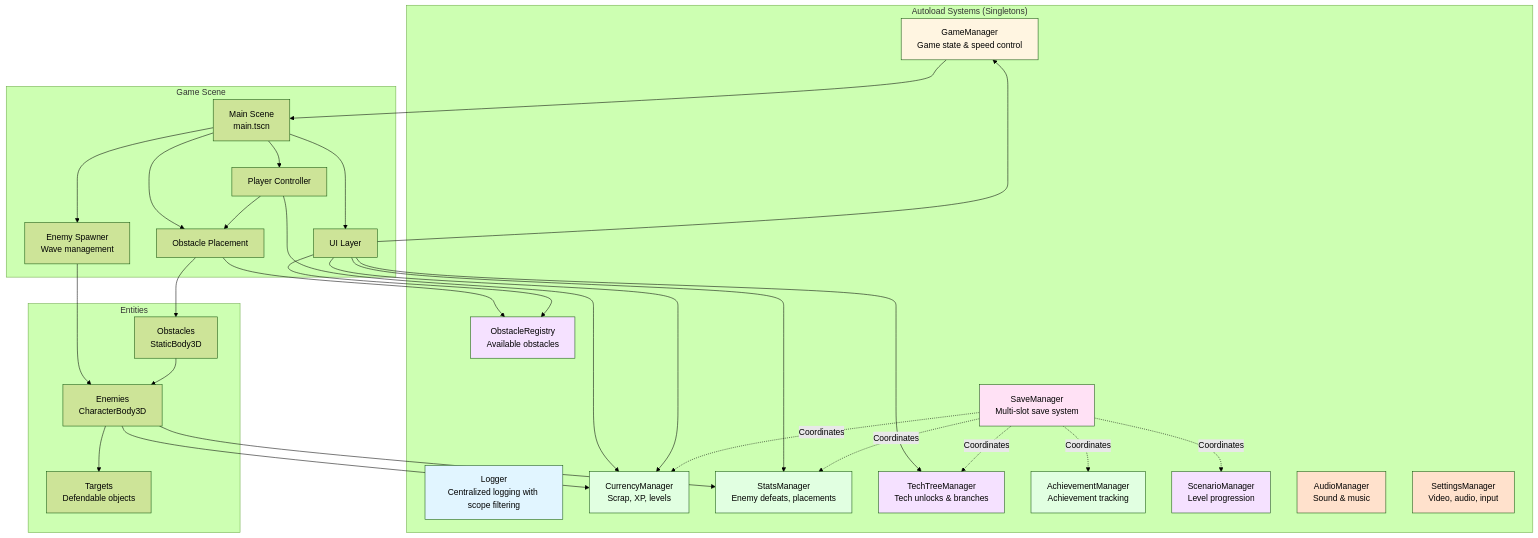
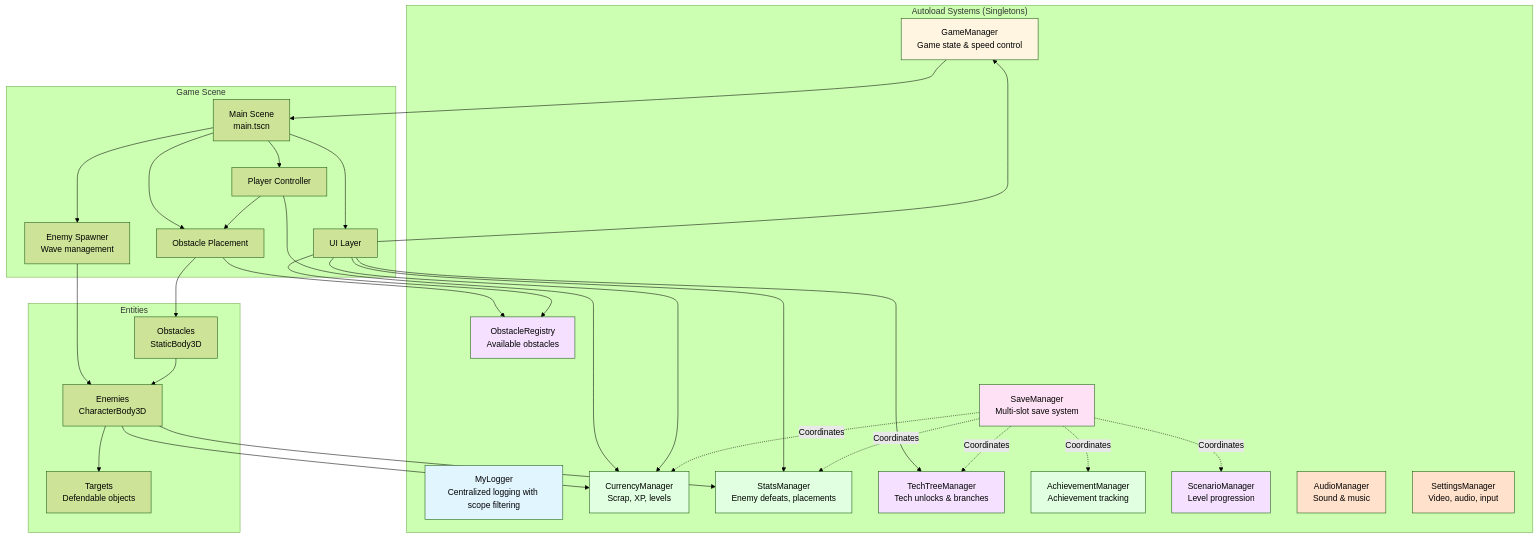
One commit to saebyn/godot-tower-defense changed the first of 8 diagrams in docs/ARCHITECTURE.md. Above: the diagram before and after it, drawn with Mermaid (forest theme). The commit also changed other lines of this file and 61 other files, not shown here.

````diff
--- a/docs/ARCHITECTURE.md
+++ b/docs/ARCHITECTURE.md
@@ -20,82 +20,82 @@
 ```mermaid
 graph TB
     subgraph "Autoload Systems (Singletons)"
-        Logger[Logger<br/>Centralized logging with scope filtering]
+        MyLogger[MyLogger<br/>Centralized logging with scope filtering]
         SaveManager[SaveManager<br/>Multi-slot save system]
         CurrencyManager[CurrencyManager<br/>Scrap, XP, levels]
         GameManager[GameManager<br/>Game state & speed control]
         StatsManager[StatsManager<br/>Enemy defeats, placements]
         ObstacleRegistry[ObstacleRegistry<br/>Available obstacles]
         TechTreeManager[TechTreeManager<br/>Tech unlocks & branches]
         AchievementManager[AchievementManager<br/>Achievement tracking]
         ScenarioManager[ScenarioManager<br/>Level progression]
         AudioManager[AudioManager<br/>Sound & music]
         SettingsManager[SettingsManager<br/>Video, audio, input]
     end
     
     subgraph "Game Scene"
         Main[Main Scene<br/>main.tscn]
         Player[Player Controller]
         EnemySpawner[Enemy Spawner<br/>Wave management]
         ObstaclePlacement[Obstacle Placement]
         UI[UI Layer]
     end
     
     subgraph "Entities"
         Enemies[Enemies<br/>CharacterBody3D]
         Obstacles[Obstacles<br/>StaticBody3D]
         Targets[Targets<br/>Defendable objects]
     end
     
     Main --> Player
     Main --> EnemySpawner
     Main --> ObstaclePlacement
     Main --> UI
     
     Player --> CurrencyManager
     Player --> ObstaclePlacement
     
     EnemySpawner --> Enemies
     ObstaclePlacement --> Obstacles
     ObstaclePlacement --> ObstacleRegistry
     
     Enemies --> CurrencyManager
     Enemies --> StatsManager
     Enemies --> Targets
     
     Obstacles --> Enemies
     
     UI --> CurrencyManager
     UI --> StatsManager
     UI --> GameManager
     UI --> TechTreeManager
     UI --> ObstacleRegistry
     
     SaveManager -.Coordinates.-> CurrencyManager
     SaveManager -.Coordinates.-> StatsManager
     SaveManager -.Coordinates.-> TechTreeManager
     SaveManager -.Coordinates.-> AchievementManager
     SaveManager -.Coordinates.-> ScenarioManager
     
     GameManager --> Main
     
     %% Color Legend:
     %% Blue (#e1f5ff) - Debugging/Infrastructure
     %% Pink (#ffe1f5) - Persistence/Save System
     %% Green (#e1ffe1) - Economy/Progression
     %% Yellow (#fff5e1) - Game State Management
     %% Purple (#f5e1ff) - Content Management
     %% Orange (#ffe1cc) - Audio/Settings
     
-    style Logger fill:#e1f5ff
+    style MyLogger fill:#e1f5ff
     style SaveManager fill:#ffe1f5
     style CurrencyManager fill:#e1ffe1
     style StatsManager fill:#e1ffe1
     style GameManager fill:#fff5e1
     style ObstacleRegistry fill:#f5e1ff
     style TechTreeManager fill:#f5e1ff
     style AchievementManager fill:#e1ffe1
     style ScenarioManager fill:#f5e1ff
     style AudioManager fill:#ffe1cc
     style SettingsManager fill:#ffe1cc
 ```
````
